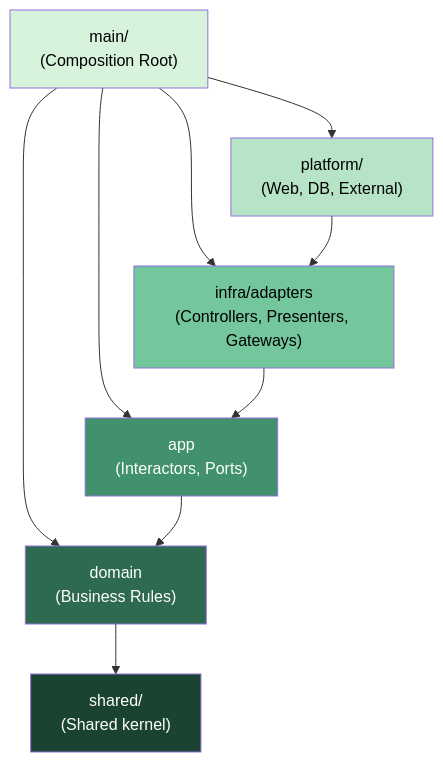
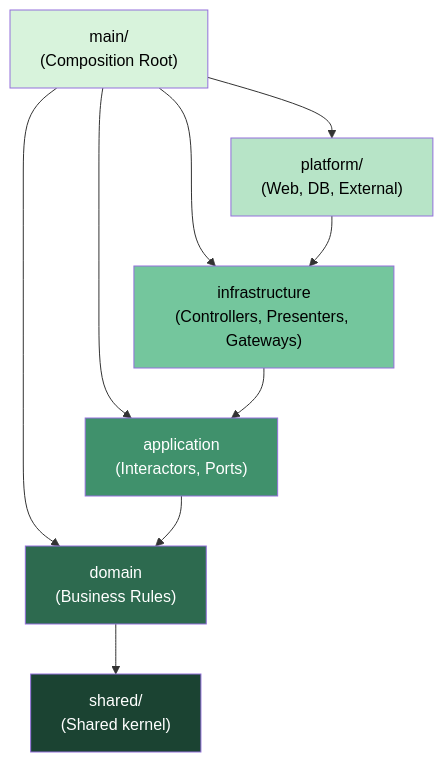
Before and after one commit to santiago-migoni/clean-architecture: the first of 6 diagrams in skills/diagram/SKILL.md, drawn with Mermaid. The commit also changed other lines of this file and 447 other files, not shown here.

First line of the commit message:
Clean Architecture 2.x: simpler layout and a language-agnostic plugin (TS, Python, Go, SQL) (#5)

````diff
--- a/skills/diagram/SKILL.md
+++ b/skills/diagram/SKILL.md
@@ -186,25 +194,25 @@
 ```mermaid
 graph TD
     main["main/\n(Composition Root)"]
     platform["platform/\n(Web, DB, External)"]
-    infra["infra/adapters\n(Controllers, Presenters, Gateways)"]
-    app["app\n(Interactors, Ports)"]
+    infrastructure["infrastructure\n(Controllers, Presenters, Gateways)"]
+    application["application\n(Interactors, Ports)"]
     domain["domain\n(Business Rules)"]
     shared["shared/\n(Shared kernel)"]
 
     main --> platform
-    main --> infra
-    main --> app
+    main --> infrastructure
+    main --> application
     main --> domain
-    platform --> infra
-    infra --> app
-    app --> domain
+    platform --> infrastructure
+    infrastructure --> application
+    application --> domain
     domain --> shared
 
     style domain fill:#2d6a4f,color:#fff
-    style app fill:#40916c,color:#fff
-    style infra fill:#74c69d,color:#000
+    style application fill:#40916c,color:#fff
+    style infrastructure fill:#74c69d,color:#000
     style platform fill:#b7e4c7,color:#000
     style main fill:#d8f3dc,color:#000
     style shared fill:#1b4332,color:#fff
 ```
````
